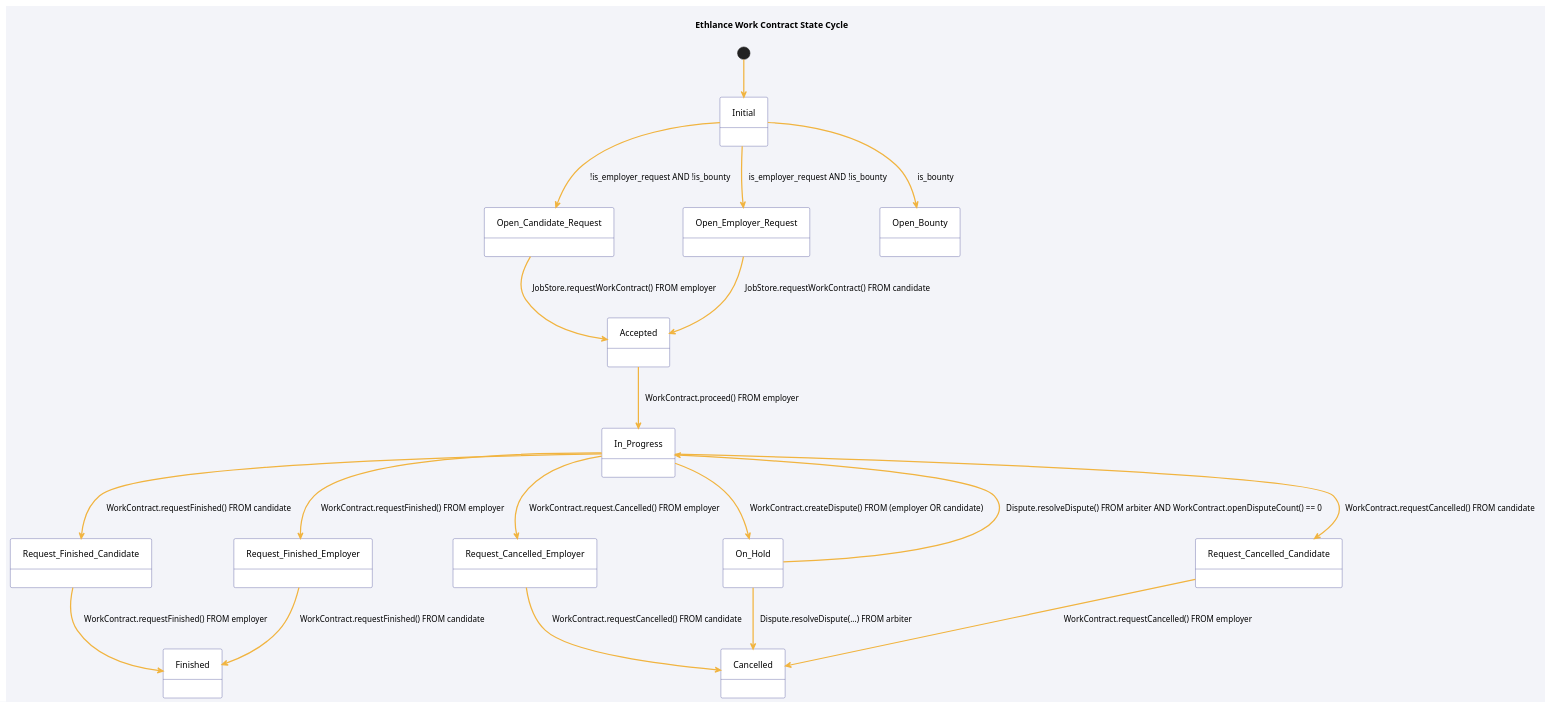
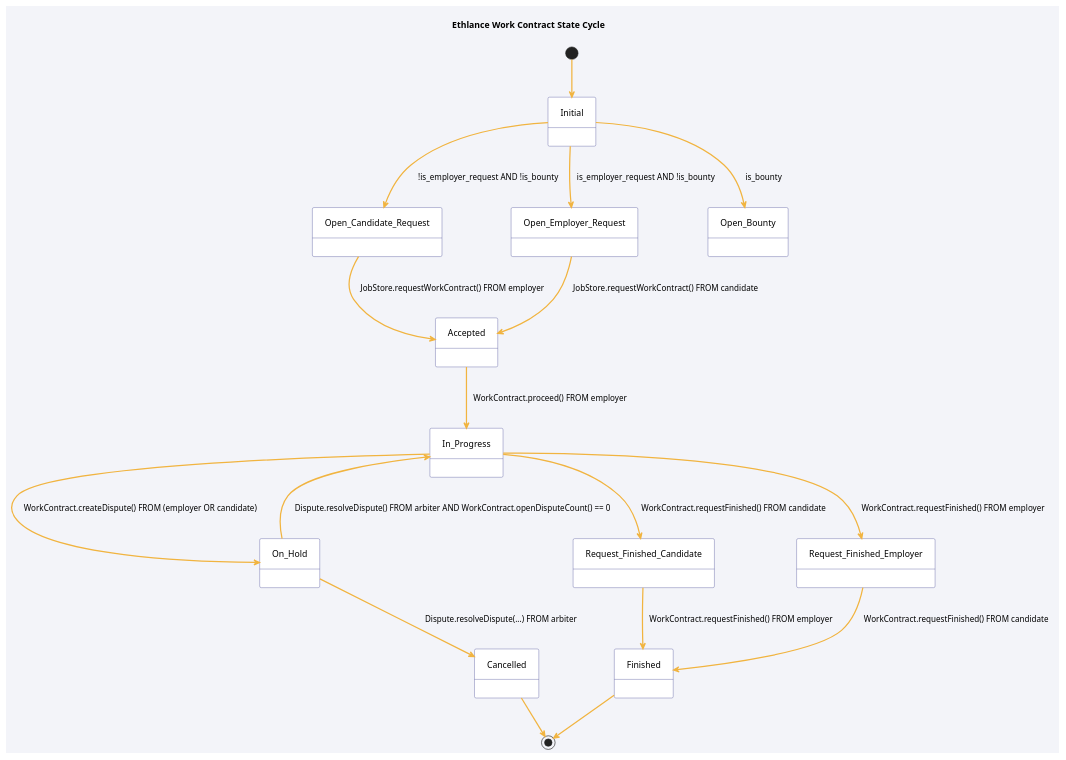
Before and after one commit to district0x/ethlance: the second of 2 diagrams in docs/spec/ethlance_smart_contracts.org, drawn with PlantUML. The commit also changed 2 other files, not shown here.

Commit message:
Updated Diagrams

```diff
--- a/docs/spec/ethlance_smart_contracts.org
+++ b/docs/spec/ethlance_smart_contracts.org
@@ -440,43 +440,41 @@
    #+BEGIN_SRC plantuml :file work_contract_status_diagram.png
 
    skinparam BackgroundColor #F3F4F9
    skinparam RoundCorner 5
    skinparam Padding 10
    skinparam state {
      BackgroundColor White
      ArrowColor #F1B440
      ArrowThickness 2
      BorderColor #292D83
    }
 
    title Ethlance Work Contract State Cycle
 
    [*] --> Initial
 
    Initial --> Open_Candidate_Request : !is_employer_request AND !is_bounty
    Initial --> Open_Employer_Request : is_employer_request AND !is_bounty
    Initial --> Open_Bounty : is_bounty
 
    Open_Candidate_Request --> Accepted : JobStore.requestWorkContract() FROM employer
    Open_Employer_Request --> Accepted : JobStore.requestWorkContract() FROM candidate
    
    
    Accepted --> In_Progress : WorkContract.proceed() FROM employer
 
    In_Progress --> On_Hold : WorkContract.createDispute() FROM (employer OR candidate)   
    On_Hold --> In_Progress : Dispute.resolveDispute() FROM arbiter AND WorkContract.openDisputeCount() == 0
    
    In_Progress --> Request_Finished_Candidate : WorkContract.requestFinished() FROM candidate
    In_Progress --> Request_Finished_Employer : WorkContract.requestFinished() FROM employer
 
    Request_Finished_Candidate --> Finished : WorkContract.requestFinished() FROM employer
    Request_Finished_Employer --> Finished : WorkContract.requestFinished() FROM candidate
 
-   In_Progress --> Request_Cancelled_Candidate : WorkContract.requestCancelled() FROM candidate
-   In_Progress --> Request_Cancelled_Employer : WorkContract.request.Cancelled() FROM employer
-   
-   Request_Cancelled_Candidate --> Cancelled : WorkContract.requestCancelled() FROM employer
-   Request_Cancelled_Employer --> Cancelled : WorkContract.requestCancelled() FROM candidate   
    On_Hold --> Cancelled : Dispute.resolveDispute(...) FROM arbiter
 
+   Finished --> [*]
+   Cancelled --> [*]
+
    #+END_SRC
```
